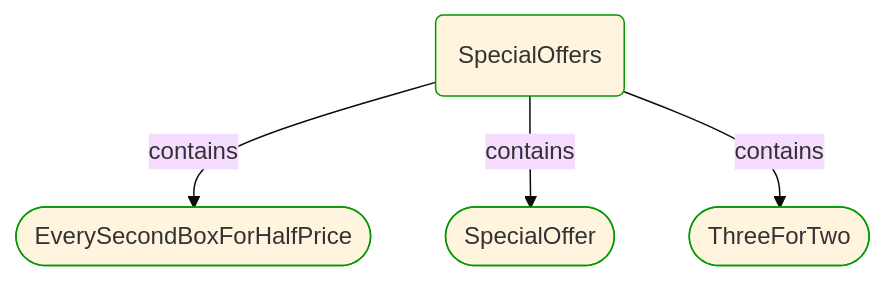
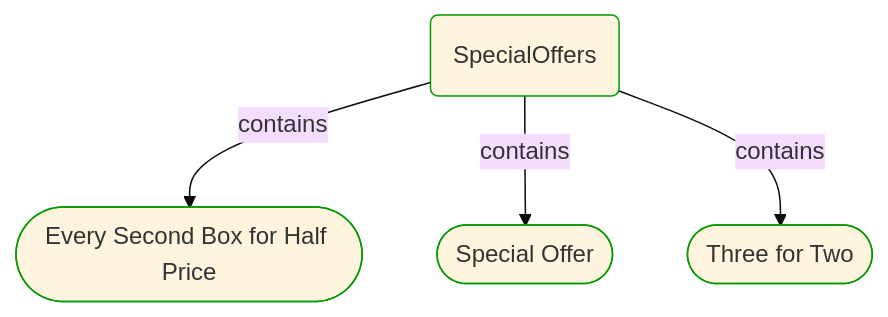
One commit to itlibrium/DDD-starter-dotnet changed the third of 5 diagrams in Docs/P3/MermaidOutput/Modules/Sales/Pricing/SpecialOffers/SpecialOffers.md. Above: the diagram before and after it, drawn with Mermaid (base theme). The commit also changed other lines of this file and 174 other files, not shown here.

````diff
--- a/Docs/P3/MermaidOutput/Modules/Sales/Pricing/SpecialOffers/SpecialOffers.md
+++ b/Docs/P3/MermaidOutput/Modules/Sales/Pricing/SpecialOffers/SpecialOffers.md
@@ -45,17 +48,17 @@
 ```mermaid
   flowchart TB
     0(SpecialOffers)
     class 0 DomainPerspective
-    1([EverySecondBoxForHalfPrice])
+    1([Every Second Box for Half Price])
     class 1 DomainPerspective
     0-->|contains|1
-    2([SpecialOffer])
+    2([Special Offer])
     class 2 DomainPerspective
     0-->|contains|2
-    3([ThreeForTwo])
+    3([Three for Two])
     class 3 DomainPerspective
     0-->|contains|3
     classDef DomainPerspective stroke:#009900
     classDef TechnologyPerspective stroke:#1F41EB
     classDef PeoplePerspective stroke:#FFF014
 ```
````
